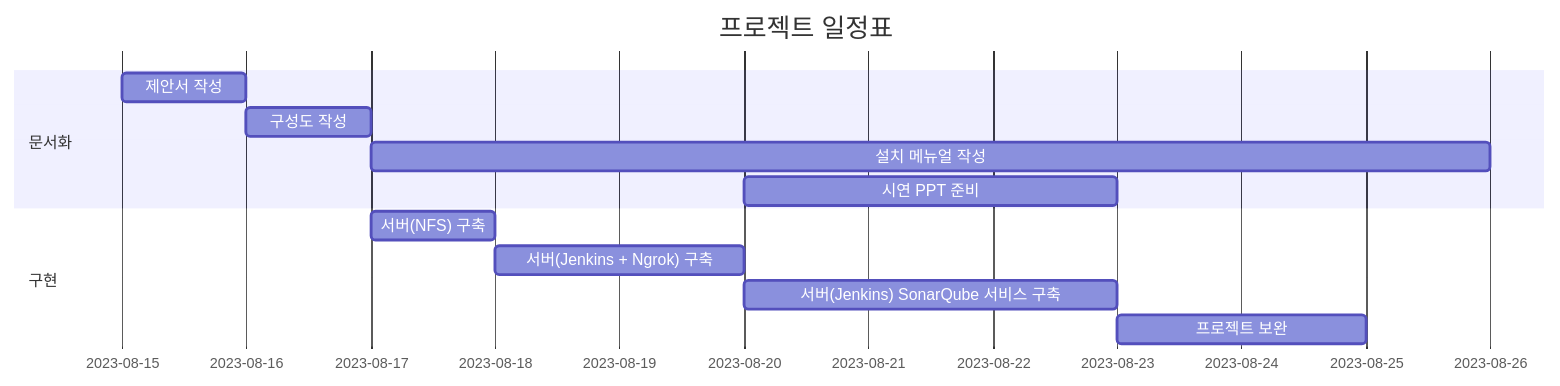
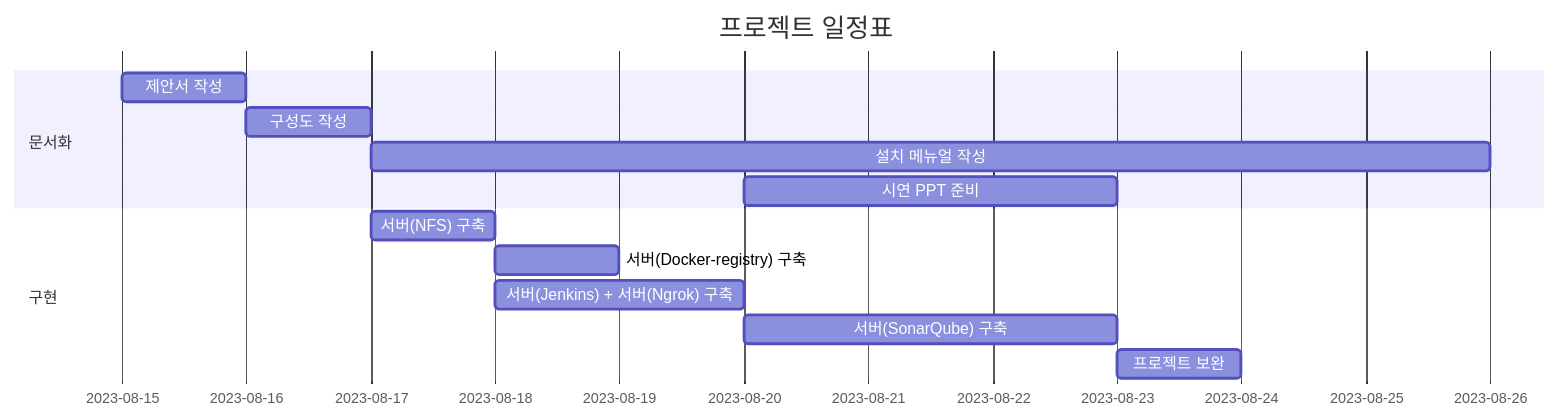
The diagram in README.md (KimJeongHoon190/First_Project), drawn with Mermaid before and after one commit. The commit also changed 1 other file, not shown here.

````diff
--- a/README.md
+++ b/README.md
@@ -3,17 +3,18 @@
 ```mermaid
 gantt
     title 프로젝트 일정표
     dateFormat  YYYY-MM-DD
     section 문서화
     제안서 작성 : a1, 2023-08-15, 1d
     구성도 작성 : after a1, 1d
     설치 메뉴얼 작성 : after a1, 2023-08-17, 9d
     시연 PPT 준비 : after a1, 2023-08-20, 3d
    
 
     section 구현
     서버(NFS) 구축 : b1, 2023-08-17, 1d
-    서버(Jenkins + Ngrok) 구축 : after b1, 2d
-    서버(Jenkins) SonarQube 서비스 구축 : b3, 2023-08-20, 3d
-    프로젝트 보완 : after b3, 2d
+    서버(Docker-registry) 구축 : after b1, 1d
+    서버(Jenkins) + 서버(Ngrok) 구축 : after b1, 2d
+    서버(SonarQube) 구축 : b3, 2023-08-20, 3d
+    프로젝트 보완 : after b3, 1d
 ```
````
